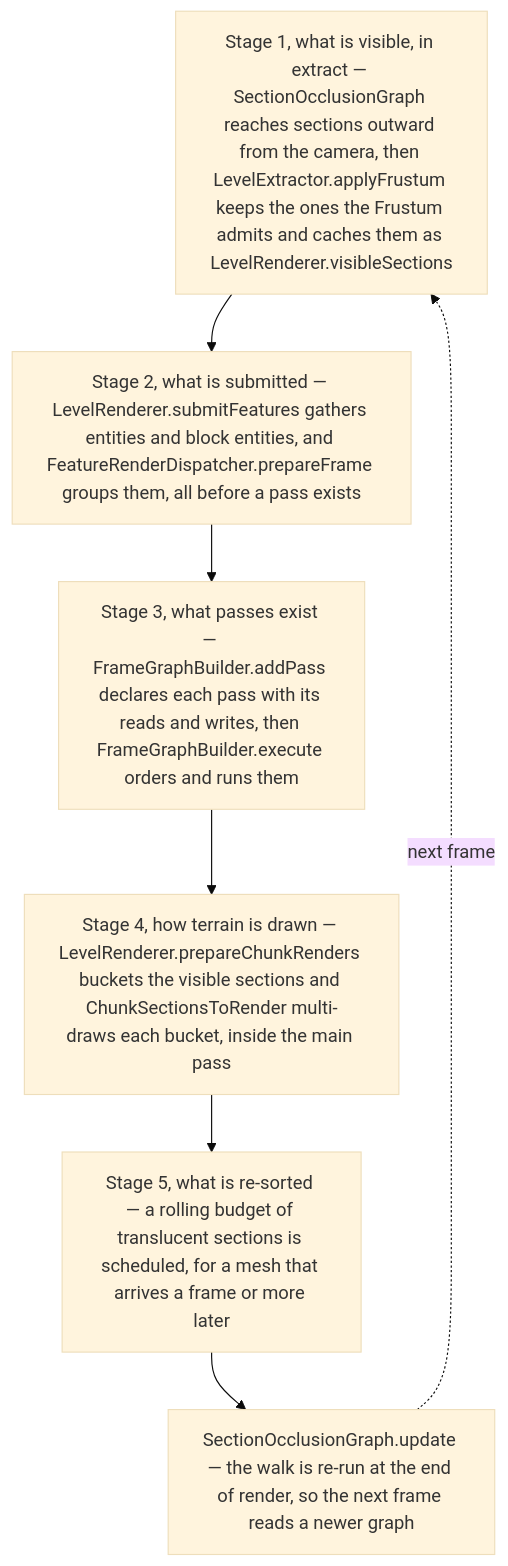
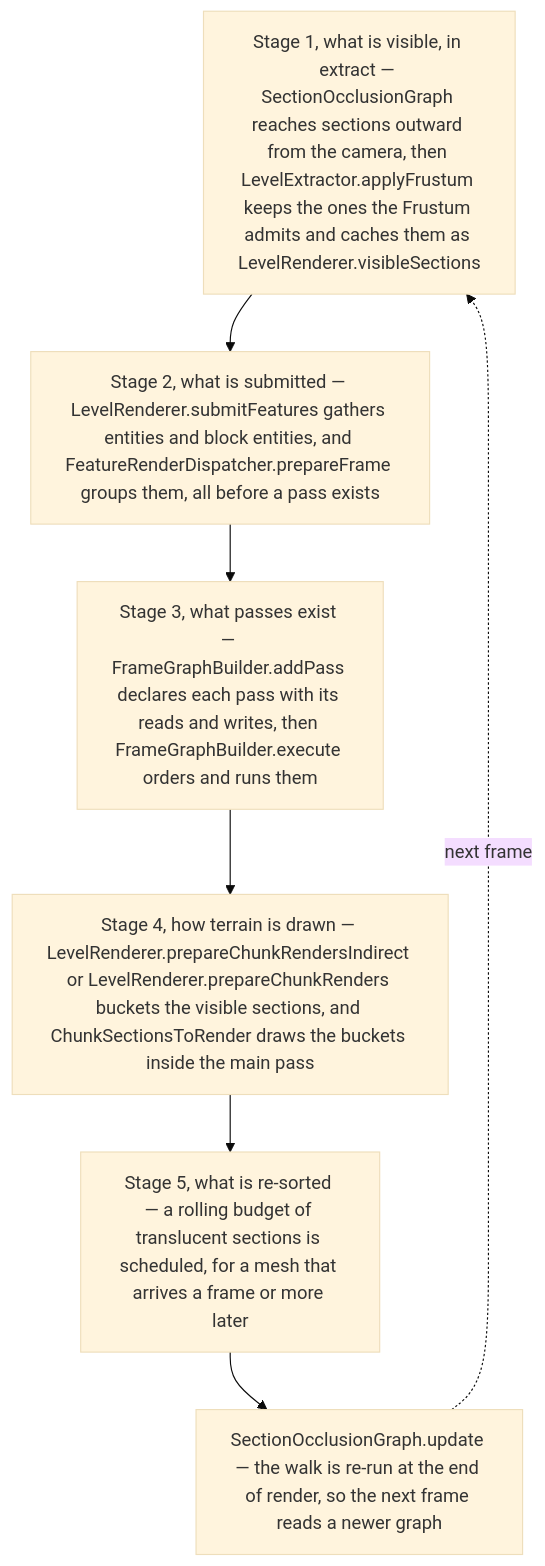
One commit to AlexanderjFraser/MinecraftDocs changed the first of 2 diagrams in src/systems/rendering/visibility-and-the-frame-graph.md. Above: the diagram before and after it, drawn with Mermaid (base theme). The commit also changed other lines of this file and 68 other files, not shown here.

````diff
--- a/src/systems/rendering/visibility-and-the-frame-graph.md
+++ b/src/systems/rendering/visibility-and-the-frame-graph.md
@@ -49,11 +50,11 @@
 ```mermaid
 flowchart TD
     S1["Stage 1, what is visible, in extract — SectionOcclusionGraph reaches sections outward from the camera, then LevelExtractor.applyFrustum keeps the ones the Frustum admits and caches them as LevelRenderer.visibleSections"]
     S2["Stage 2, what is submitted — LevelRenderer.submitFeatures gathers entities and block entities, and FeatureRenderDispatcher.prepareFrame groups them, all before a pass exists"]
     S3["Stage 3, what passes exist — FrameGraphBuilder.addPass declares each pass with its reads and writes, then FrameGraphBuilder.execute orders and runs them"]
-    S4["Stage 4, how terrain is drawn — LevelRenderer.prepareChunkRenders buckets the visible sections and ChunkSectionsToRender multi-draws each bucket, inside the main pass"]
+    S4["Stage 4, how terrain is drawn — LevelRenderer.prepareChunkRendersIndirect or LevelRenderer.prepareChunkRenders buckets the visible sections, and ChunkSectionsToRender draws the buckets inside the main pass"]
     S5["Stage 5, what is re-sorted — a rolling budget of translucent sections is scheduled, for a mesh that arrives a frame or more later"]
     S6["SectionOcclusionGraph.update — the walk is re-run at the end of render, so the next frame reads a newer graph"]
     S1 --> S2 --> S3 --> S4 --> S5 --> S6
     S6 -. "next frame" .-> S1
 ```
````
